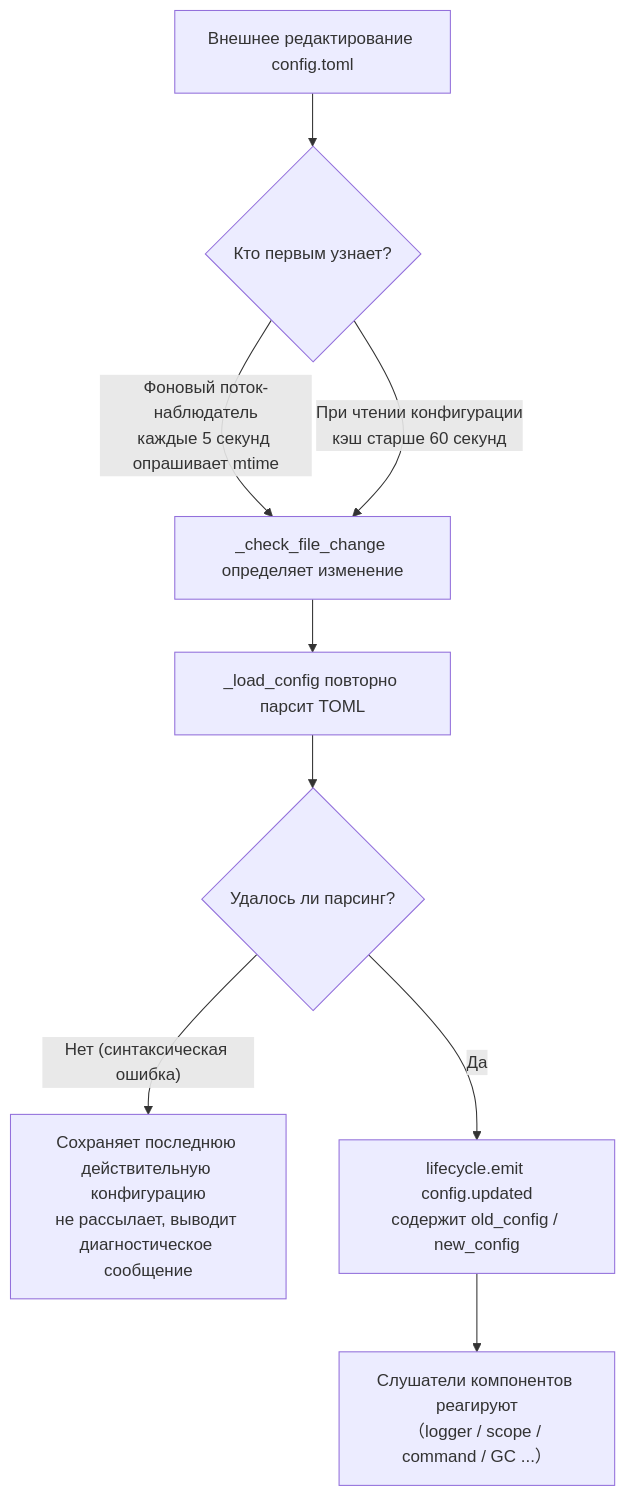
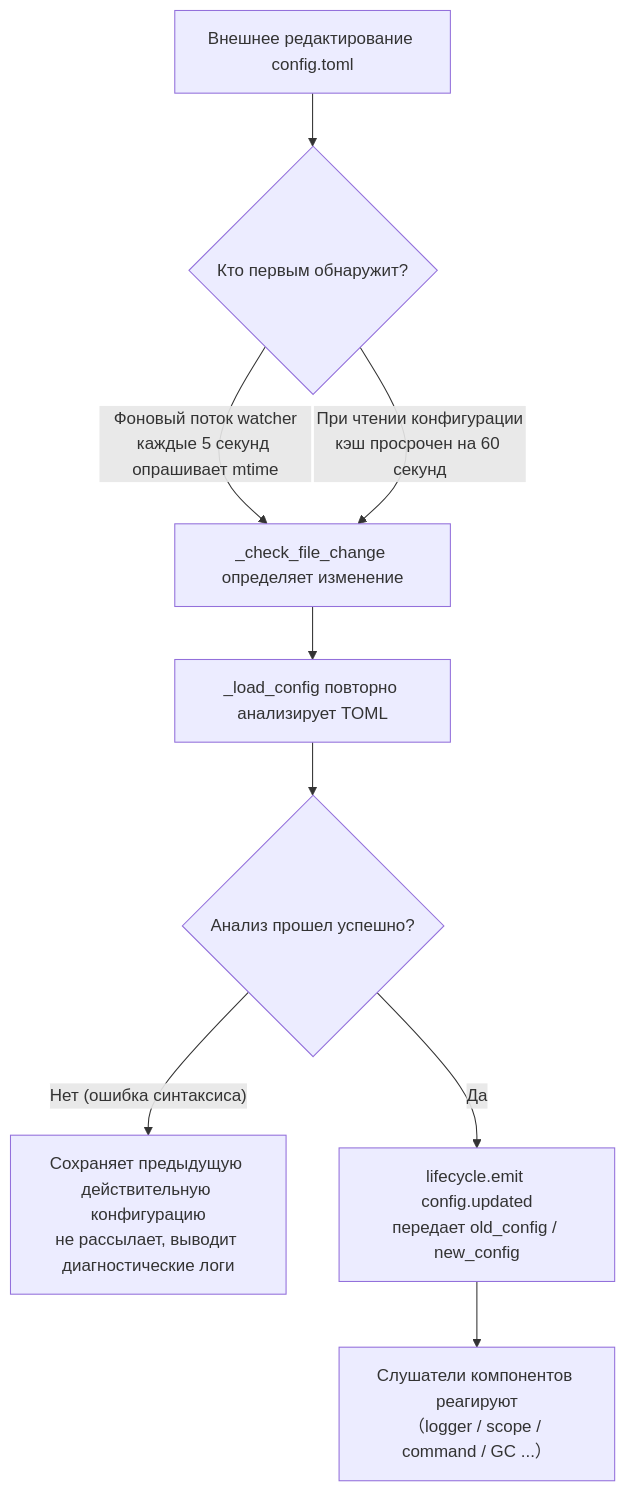
One commit to ErisPulse/ErisPulse changed the diagram in docs/ru/user-guide/configuration.md. Above: the diagram before and after it, drawn with Mermaid. The commit also changed other lines of this file and 219 other files, not shown here.

````diff
--- a/docs/ru/user-guide/configuration.md
+++ b/docs/ru/user-guide/configuration.md
@@ -133,11 +138,11 @@
 ```mermaid
 flowchart TD
-    A["Внешнее редактирование config.toml"] --> B{"Кто первым узнает?"}
-    B -->|"Фоновый поток-наблюдатель<br/>каждые 5 секунд опрашивает mtime"| C["_check_file_change определяет изменение"]
-    B -->|"При чтении конфигурации<br/>кэш старше 60 секунд"| C
-    C --> D["_load_config повторно парсит TOML"]
-    D --> E{"Удалось ли парсинг?"}
-    E -->|"Нет (синтаксическая ошибка)"| F["Сохраняет последнюю действительную конфигурацию<br/>не рассылает, выводит диагностическое сообщение"]
-    E -->|"Да"| G["lifecycle.emit config.updated<br/>содержит old_config / new_config"]
+    A["Внешнее редактирование config.toml"] --> B{"Кто первым обнаружит?"}
+    B -->|"Фоновый поток watcher<br/>каждые 5 секунд опрашивает mtime"| C["_check_file_change определяет изменение"]
+    B -->|"При чтении конфигурации<br/>кэш просрочен на 60 секунд"| C
+    C --> D["_load_config повторно анализирует TOML"]
+    D --> E{"Анализ прошел успешно?"}
+    E -->|"Нет (ошибка синтаксиса)"| F["Сохраняет предыдущую действительную конфигурацию<br/>не рассылает, выводит диагностические логи"]
+    E -->|"Да"| G["lifecycle.emit config.updated<br/>передает old_config / new_config"]
     G --> H["Слушатели компонентов реагируют<br/>（logger / scope / command / GC ...）"]
 ```
````
